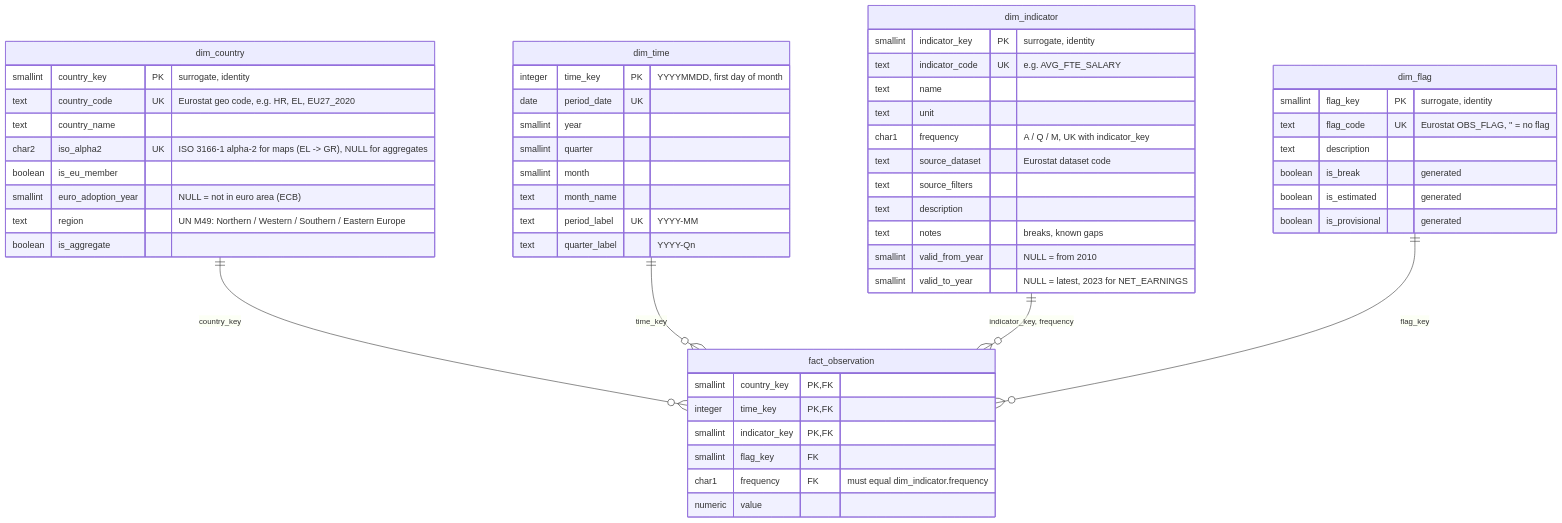
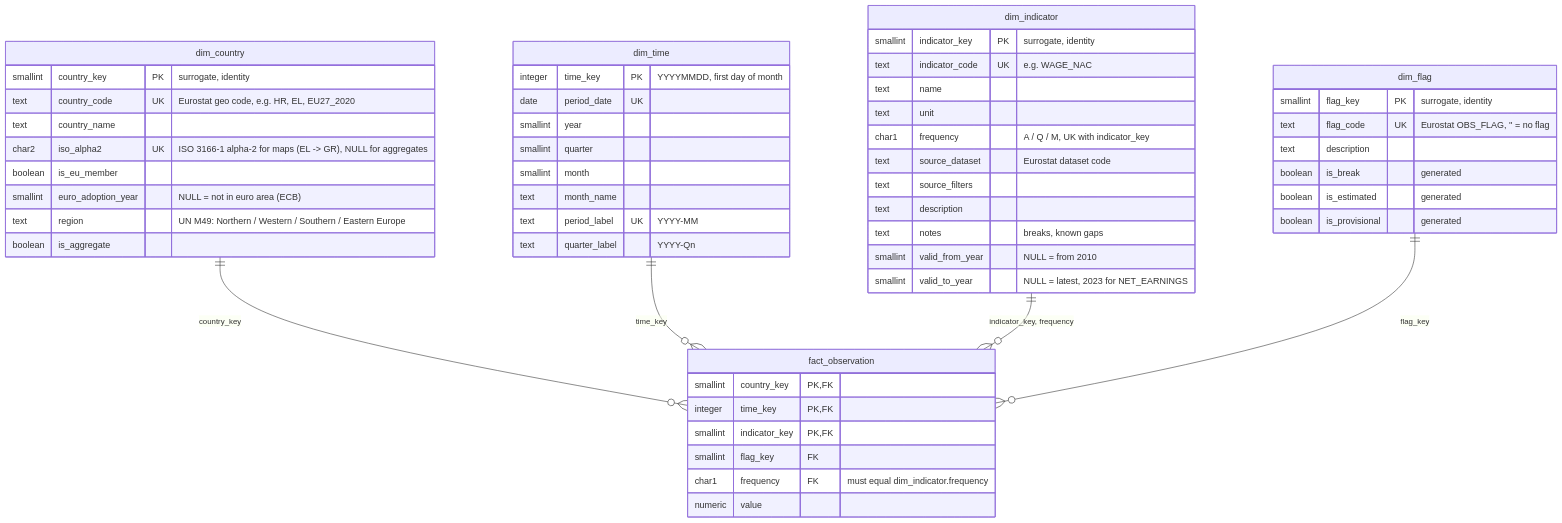
One commit to kiko4902/eu-economic-dashboard changed the diagram in docs/images/er_diagram.md. Above: the diagram before and after it, drawn with Mermaid. The commit also changed 35 other files, not shown here.

````diff
--- a/docs/images/er_diagram.md
+++ b/docs/images/er_diagram.md
@@ -6,61 +6,61 @@
 ```mermaid
 erDiagram
     dim_country ||--o{ fact_observation : "country_key"
     dim_time ||--o{ fact_observation : "time_key"
     dim_indicator ||--o{ fact_observation : "indicator_key, frequency"
     dim_flag ||--o{ fact_observation : "flag_key"
 
     dim_country {
         smallint country_key PK "surrogate, identity"
         text country_code UK "Eurostat geo code, e.g. HR, EL, EU27_2020"
         text country_name
         char2 iso_alpha2 UK "ISO 3166-1 alpha-2 for maps (EL -> GR), NULL for aggregates"
         boolean is_eu_member
         smallint euro_adoption_year "NULL = not in euro area (ECB)"
         text region "UN M49: Northern / Western / Southern / Eastern Europe"
         boolean is_aggregate
     }
 
     dim_time {
         integer time_key PK "YYYYMMDD, first day of month"
         date period_date UK
         smallint year
         smallint quarter
         smallint month
         text month_name
         text period_label UK "YYYY-MM"
         text quarter_label "YYYY-Qn"
     }
 
     dim_indicator {
         smallint indicator_key PK "surrogate, identity"
-        text indicator_code UK "e.g. AVG_FTE_SALARY"
+        text indicator_code UK "e.g. WAGE_NAC"
         text name
         text unit
         char1 frequency "A / Q / M, UK with indicator_key"
         text source_dataset "Eurostat dataset code"
         text source_filters
         text description
         text notes "breaks, known gaps"
         smallint valid_from_year "NULL = from 2010"
         smallint valid_to_year "NULL = latest, 2023 for NET_EARNINGS"
     }
 
     dim_flag {
         smallint flag_key PK "surrogate, identity"
         text flag_code UK "Eurostat OBS_FLAG, '' = no flag"
         text description
         boolean is_break "generated"
         boolean is_estimated "generated"
         boolean is_provisional "generated"
     }
 
     fact_observation {
         smallint country_key PK,FK
         integer time_key PK,FK
         smallint indicator_key PK,FK
         smallint flag_key FK
         char1 frequency FK "must equal dim_indicator.frequency"
         numeric value
     }
 ```
````
